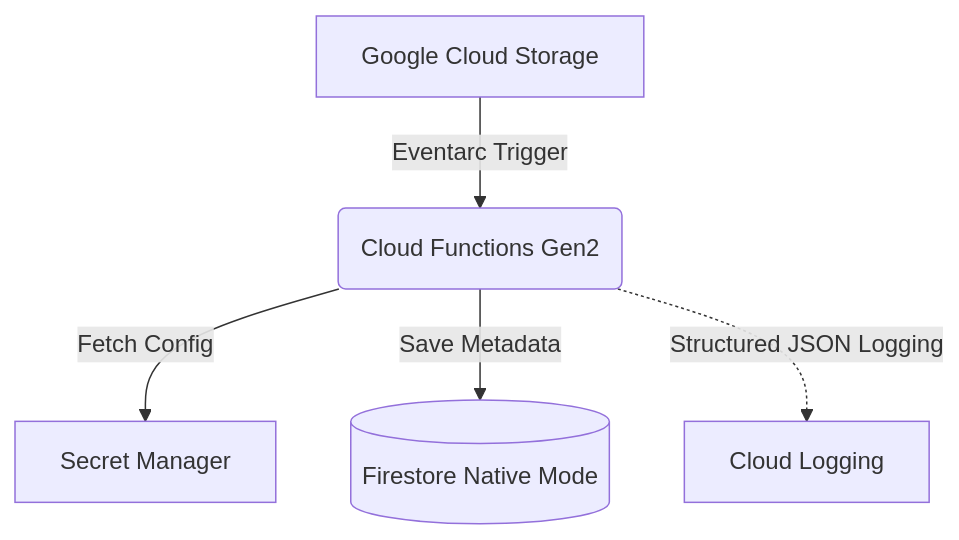
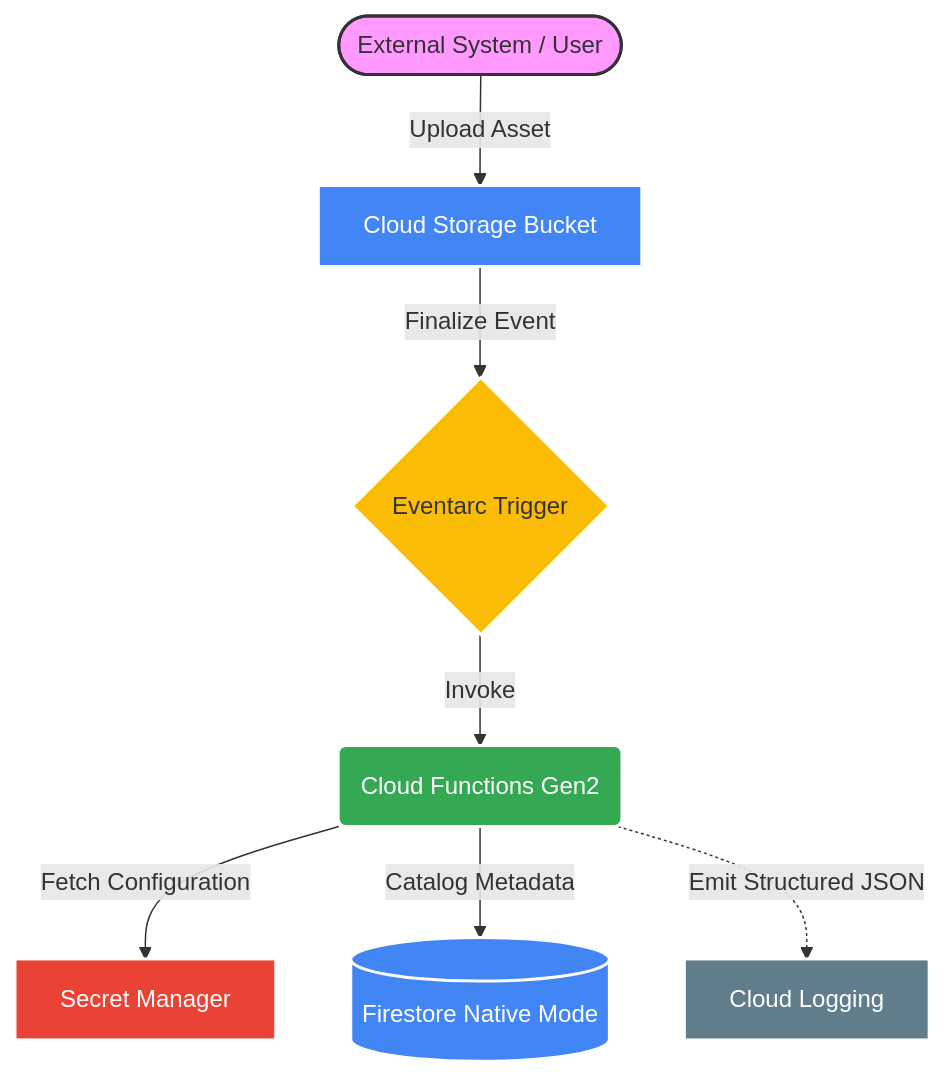
Before and after one commit to eng-imonmahmud/enterprise-secure-asset-vault-event-processing: the diagram in README.md, drawn with Mermaid. The commit also changed other lines of this file and 14 other files, not shown here.

````diff
--- a/README.md
+++ b/README.md
@@ -9,7 +30,18 @@
 ```mermaid
 graph TD
-    A[Google Cloud Storage] -->|Eventarc Trigger| B(Cloud Functions Gen2)
-    B -->|Fetch Config| C[Secret Manager]
-    B -->|Save Metadata| D[(Firestore Native Mode)]
-    B -.->|Structured JSON Logging| E[Cloud Logging]
+    User([External System / User]) -->|Upload Asset| GCS[Cloud Storage Bucket]
+    GCS -->|Finalize Event| Eventarc{Eventarc Trigger}
+    Eventarc -->|Invoke| Function(Cloud Functions Gen2)
+    
+    Function -->|Fetch Configuration| SecretManager[Secret Manager]
+    Function -->|Catalog Metadata| Firestore[(Firestore Native Mode)]
+    Function -.->|Emit Structured JSON| Logging[Cloud Logging]
+
+    style User fill:#f9f,stroke:#333,stroke-width:2px
+    style GCS fill:#4285F4,stroke:#fff,stroke-width:2px,color:#fff
+    style Eventarc fill:#FBBC05,stroke:#fff,stroke-width:2px
+    style Function fill:#34A853,stroke:#fff,stroke-width:2px,color:#fff
+    style SecretManager fill:#EA4335,stroke:#fff,stroke-width:2px,color:#fff
+    style Firestore fill:#4285F4,stroke:#fff,stroke-width:2px,color:#fff
+    style Logging fill:#607D8B,stroke:#fff,stroke-width:2px,color:#fff
 ```
````
